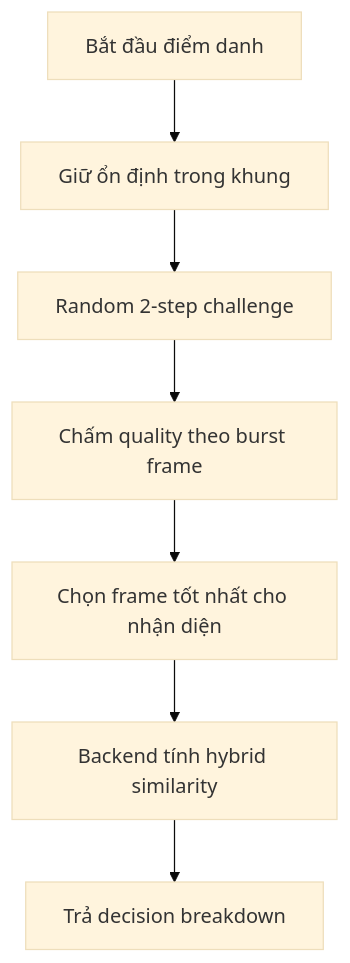
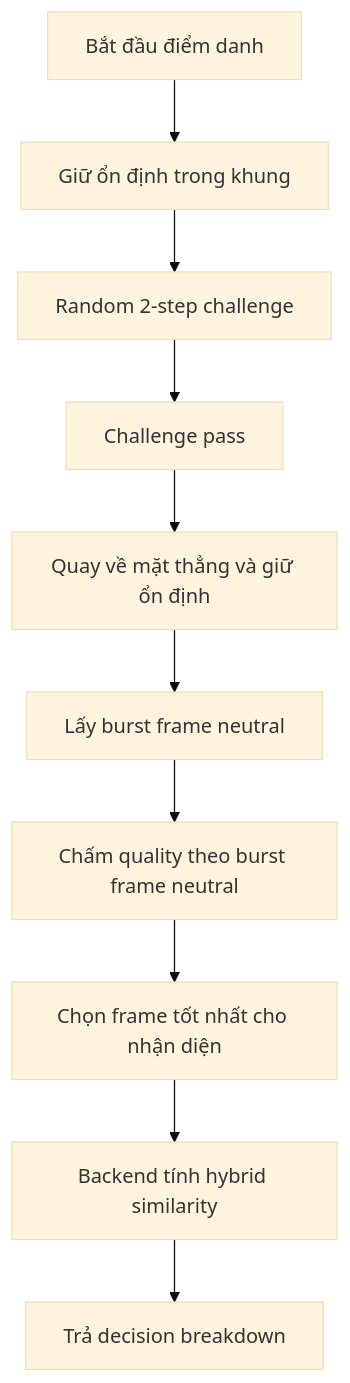
The second of 2 diagrams in REPORT_VI.md (DuongDucMinh/ATTENDANCE-VERIFICATION-SYSTEM), drawn with Mermaid (base theme) before and after one commit. The commit also changed other lines of this file and 13 other files, not shown here.

Commit message:
Clean up runtime config and attendance flow

````diff
--- a/REPORT_VI.md
+++ b/REPORT_VI.md
@@ -154,9 +141,12 @@
 ```mermaid
 flowchart TD
     A["Bắt đầu điểm danh"] --> B["Giữ ổn định trong khung"]
     B --> C["Random 2-step challenge"]
-    C --> D["Chấm quality theo burst frame"]
-    D --> E["Chọn frame tốt nhất cho nhận diện"]
-    E --> F["Backend tính hybrid similarity"]
-    F --> G["Trả decision breakdown"]
+    C --> D["Challenge pass"]
+    D --> E["Quay về mặt thẳng và giữ ổn định"]
+    E --> F["Lấy burst frame neutral"]
+    F --> G["Chấm quality theo burst frame neutral"]
+    G --> H["Chọn frame tốt nhất cho nhận diện"]
+    H --> I["Backend tính hybrid similarity"]
+    I --> J["Trả decision breakdown"]
 ```
````
